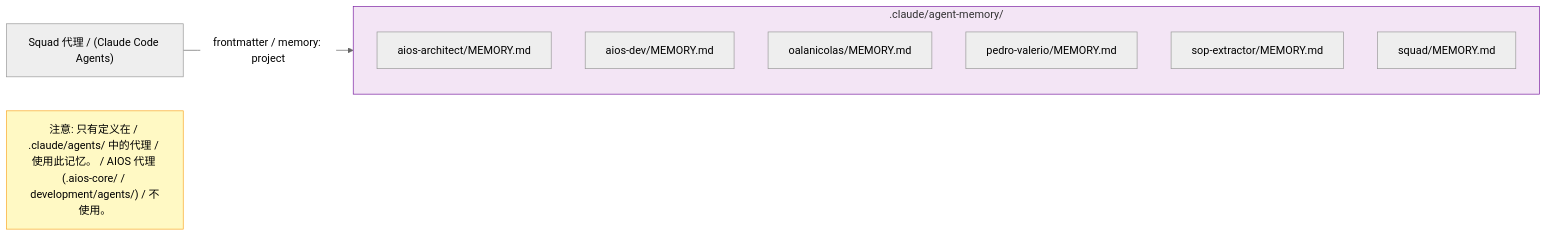
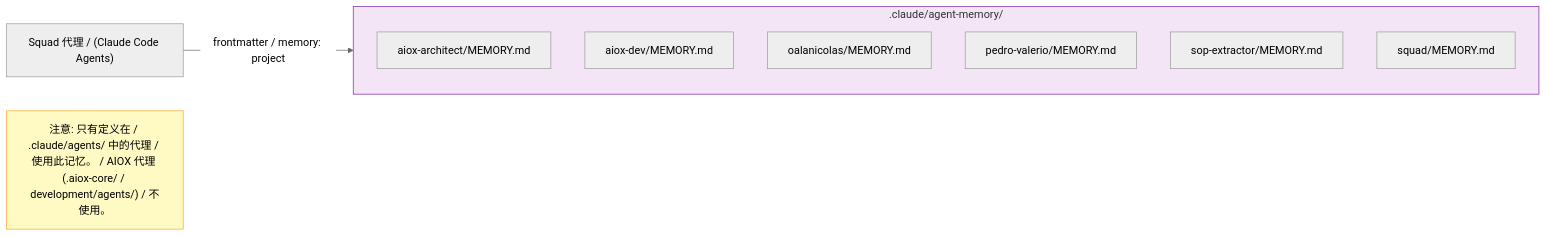
One commit to bychrisr/aios-docs changed the fifth of 18 diagrams in content/en/docs/zh/guides/MEMORY-SYSTEM.mdx. Above: the diagram before and after it, drawn with Mermaid (neutral theme). The commit also changed other lines of this file and 564 other files, not shown here.

Commit message:
chore(sync): auto-sync from aios-core 2026-03-05 [skip ci]

````diff
--- a/content/en/docs/zh/guides/MEMORY-SYSTEM.mdx
+++ b/content/en/docs/zh/guides/MEMORY-SYSTEM.mdx
@@ -233,18 +233,18 @@
 ```mermaid
 flowchart LR
     subgraph AGENT_MEM[".claude/agent-memory/"]
-        AM1["aios-architect/MEMORY.md"]
-        AM2["aios-dev/MEMORY.md"]
+        AM1["aiox-architect/MEMORY.md"]
+        AM2["aiox-dev/MEMORY.md"]
         AM3["oalanicolas/MEMORY.md"]
         AM4["pedro-valerio/MEMORY.md"]
         AM5["sop-extractor/MEMORY.md"]
         AM6["squad/MEMORY.md"]
     end
 
     SQUAD_AGENTS["Squad 代理 / (Claude Code Agents)"] -->|"frontmatter / memory: project"| AGENT_MEM
 
-    NOTE["注意: 只有定义在 / .claude/agents/ 中的代理 / 使用此记忆。 / AIOS 代理 (.aios-core/ / development/agents/) / 不使用。"]
+    NOTE["注意: 只有定义在 / .claude/agents/ 中的代理 / 使用此记忆。 / AIOX 代理 (.aiox-core/ / development/agents/) / 不使用。"]
 
     style AGENT_MEM fill:#F3E5F5,stroke:#7B1FA2
     style NOTE fill:#FFF9C4,stroke:#F9A825
 ```
````
